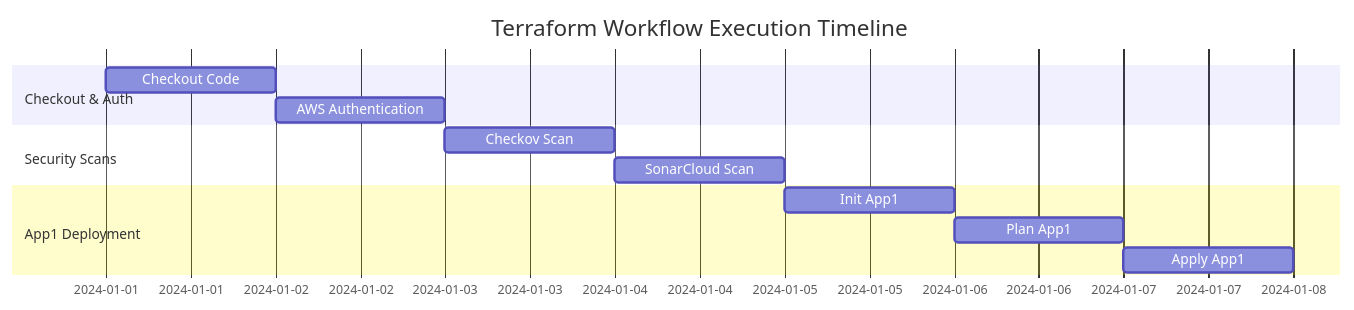
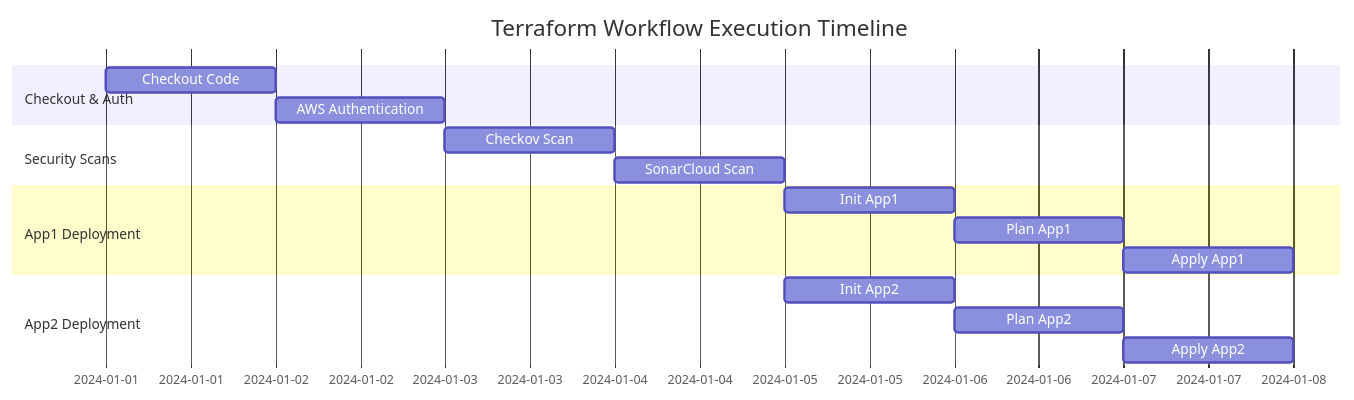
One commit to vegatros/repo1 changed diagram 13 of 14 in DIAGRAMS.md. Above: the diagram before and after it, drawn with Mermaid. The commit also changed other lines of this file, not shown here.

Commit message:
Update DIAGRAMS.md with app2 EKS architecture

````diff
--- a/DIAGRAMS.md
+++ b/DIAGRAMS.md
@@ -469,17 +535,22 @@
 ```mermaid
 gantt
     title Terraform Workflow Execution Timeline
     dateFormat  YYYY-MM-DD
     section Checkout & Auth
     Checkout Code           :a1, 2024-01-01, 1d
     AWS Authentication      :a2, after a1, 1d
     
     section Security Scans
     Checkov Scan           :b1, after a2, 1d
     SonarCloud Scan        :b2, after b1, 1d
     
     section App1 Deployment
     Init App1              :c1, after b2, 1d
     Plan App1              :c2, after c1, 1d
     Apply App1             :c3, after c2, 1d
+    
+    section App2 Deployment
+    Init App2              :d1, after b2, 1d
+    Plan App2              :d2, after d1, 1d
+    Apply App2             :d3, after d2, 1d
 ```
````
